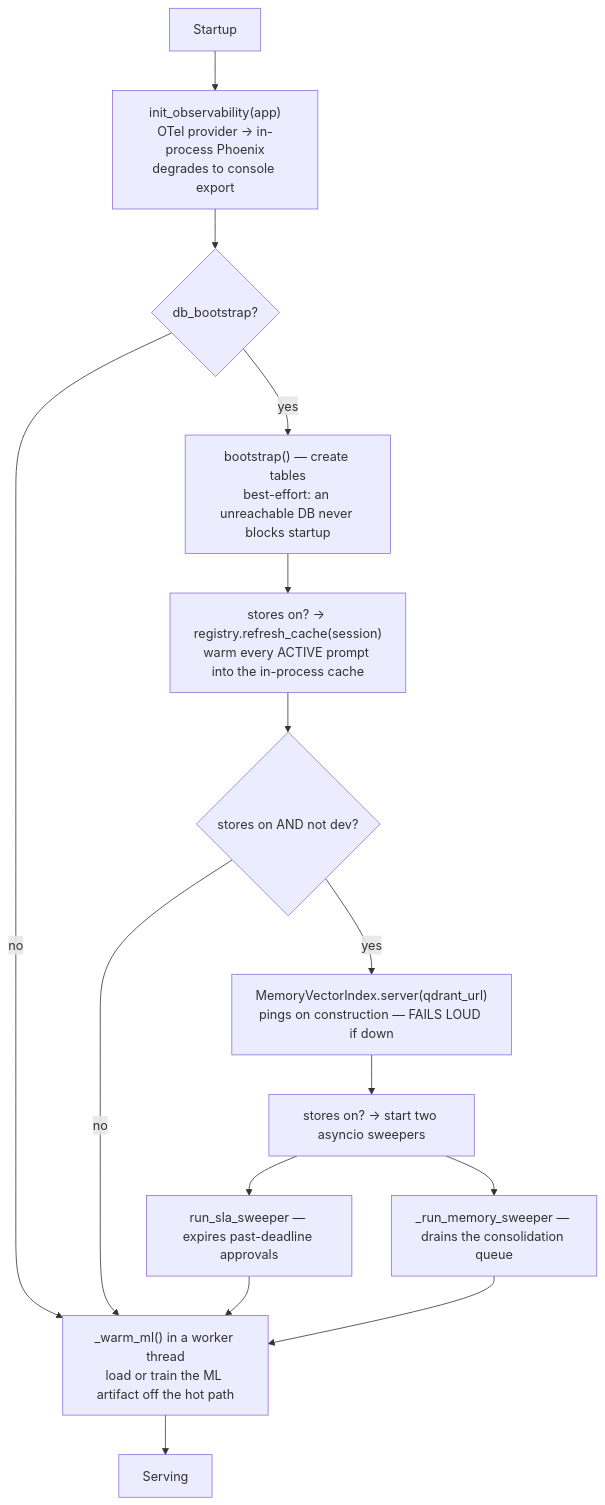
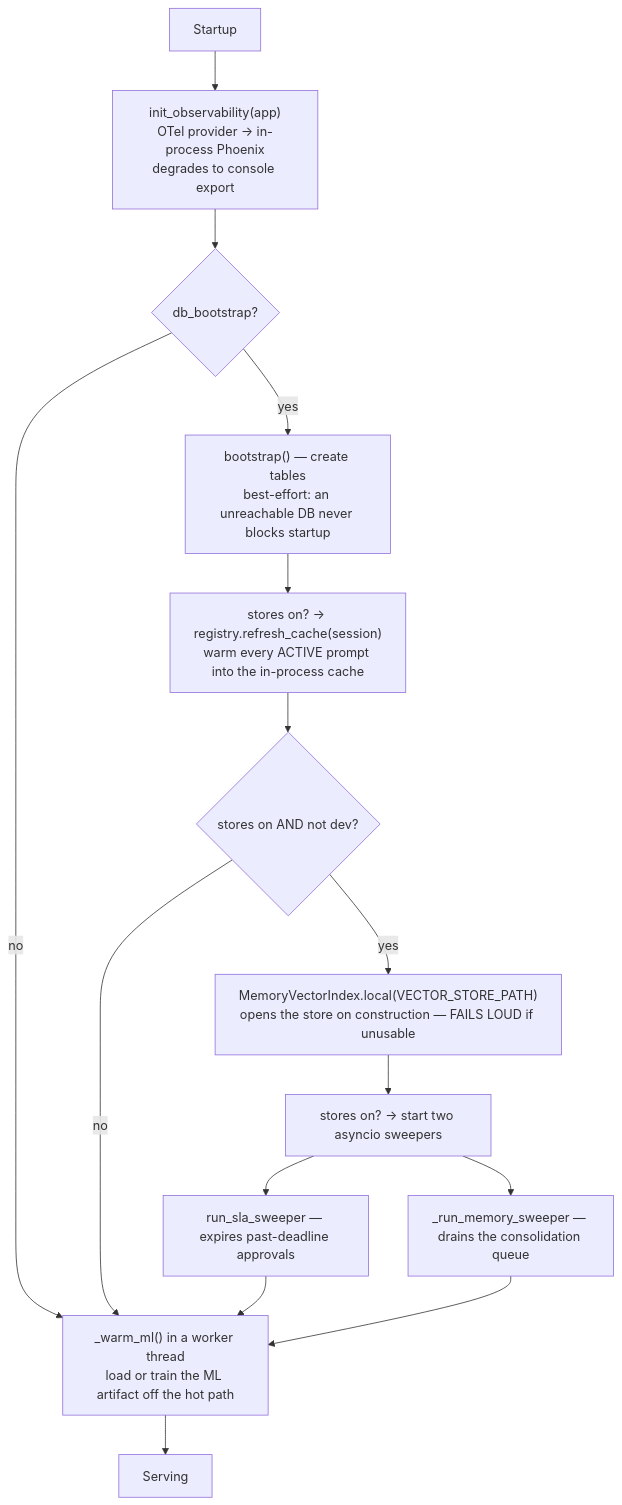
Before and after one commit to yrevash/aegis: the first of 5 diagrams in docs/learn/20-backend.md, drawn with Mermaid. The commit also changed other lines of this file and 79 other files, not shown here.

````diff
--- a/docs/learn/20-backend.md
+++ b/docs/learn/20-backend.md
@@ -29,17 +29,17 @@
 ```mermaid
 flowchart TB
     S["Startup"] --> OBS["init_observability(app)<br/>OTel provider → in-process Phoenix<br/>degrades to console export"]
     OBS --> DB{"db_bootstrap?"}
     DB -->|yes| CREATE["bootstrap() — create tables<br/>best-effort: an unreachable DB never blocks startup"]
     DB -->|no| WARM
     CREATE --> PROMPT
     PROMPT["stores on? → registry.refresh_cache(session)<br/>warm every ACTIVE prompt into the in-process cache"] --> QD
-    QD{"stores on AND not dev?"} -->|yes| QDB["MemoryVectorIndex.server(qdrant_url)<br/>pings on construction — FAILS LOUD if down"]
+    QD{"stores on AND not dev?"} -->|yes| QDB["MemoryVectorIndex.local(VECTOR_STORE_PATH)<br/>opens the store on construction — FAILS LOUD if unusable"]
     QD -->|no| WARM
     QDB --> SW
     SW["stores on? → start two asyncio sweepers"] --> SW1["run_sla_sweeper — expires past-deadline approvals"]
     SW --> SW2["_run_memory_sweeper — drains the consolidation queue"]
     SW1 --> WARM
     SW2 --> WARM
     WARM["_warm_ml() in a worker thread<br/>load or train the ML artifact off the hot path"] --> READY["Serving"]
 ```
````
